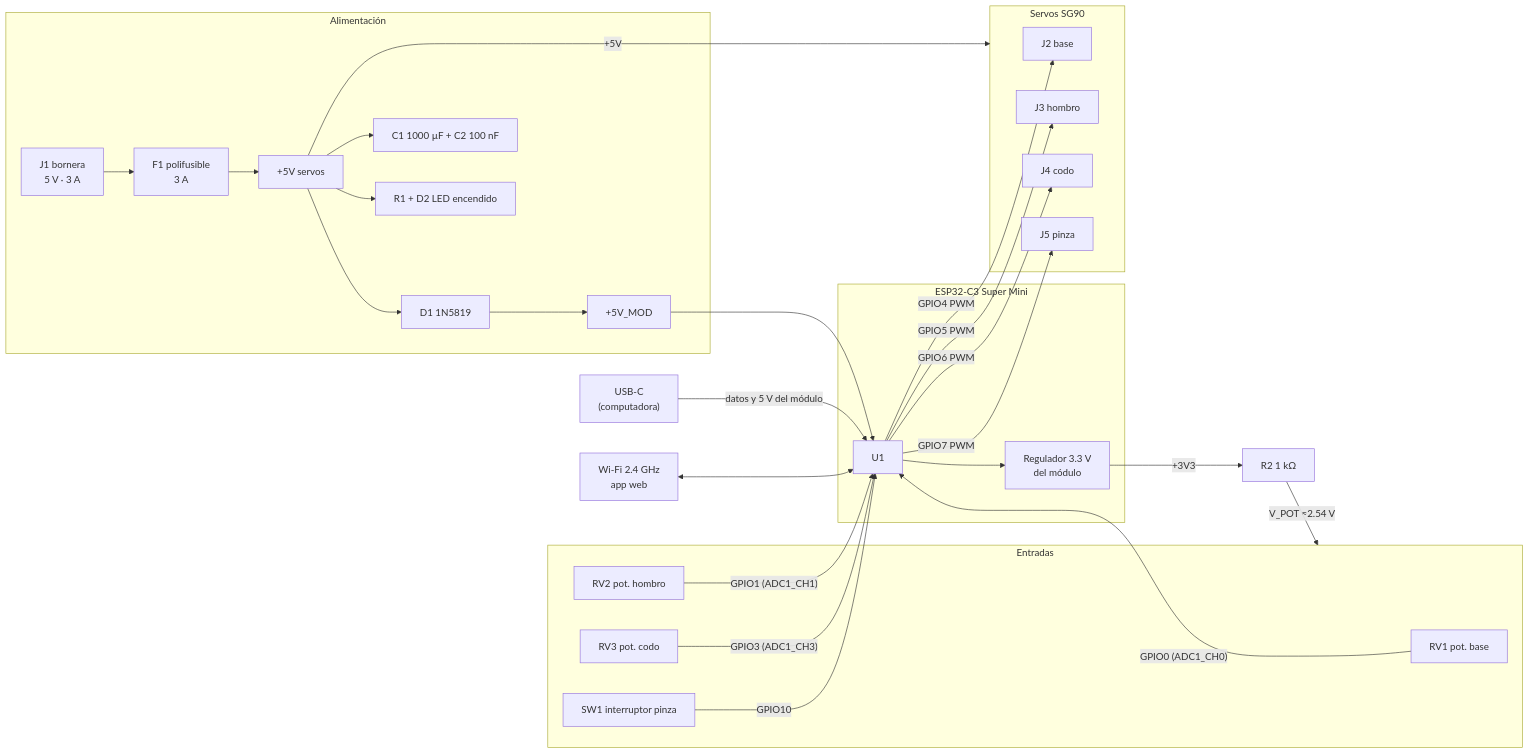
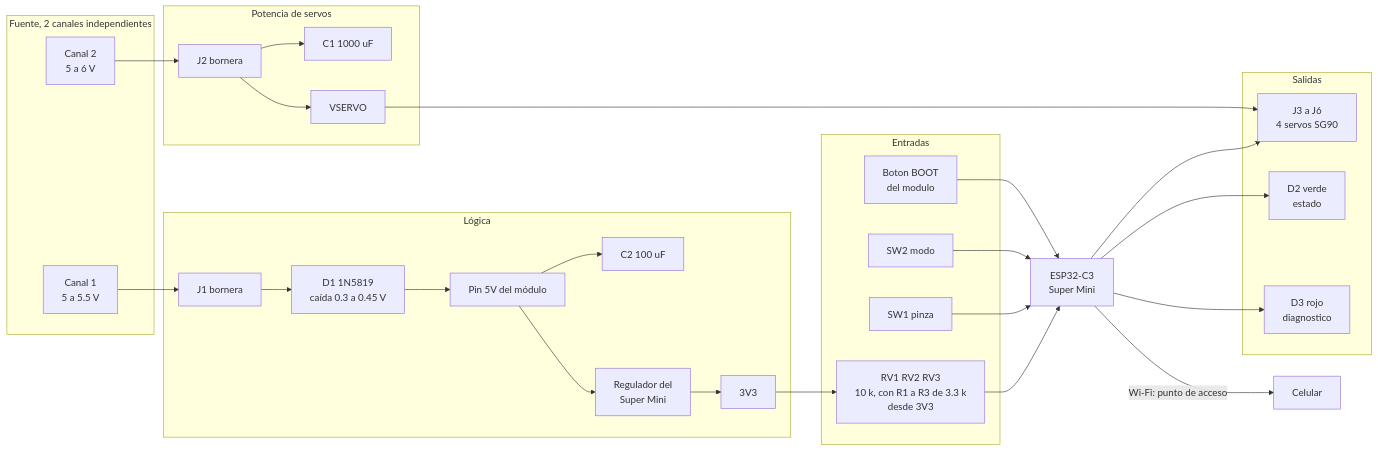
One commit to sebastiux/portafolio-just-the-docs changed the first of 3 diagrams in brazos/03-electronica-programacion.md. Above: the diagram before and after it, drawn with Mermaid. The commit also changed other lines of this file and 4 other files, not shown here.

````diff
--- a/brazos/03-electronica-programacion.md
+++ b/brazos/03-electronica-programacion.md
@@ -29,38 +35,46 @@
 ```mermaid
 flowchart LR
-  subgraph ALI["Alimentación"]
-    J1["J1 bornera<br/>5 V · 3 A"] --> F1["F1 polifusible<br/>3 A"]
-    F1 --> V5["+5V servos"]
-    V5 --> D1["D1 1N5819"]
-    D1 --> V5M["+5V_MOD"]
-    V5 --> C1["C1 1000 µF + C2 100 nF"]
-    V5 --> LED["R1 + D2 LED encendido"]
+  subgraph FUENTE["Fuente, 2 canales independientes"]
+    CH1["Canal 1<br/>5 a 5.5 V"]
+    CH2["Canal 2<br/>5 a 6 V"]
   end
-  subgraph MCU["ESP32-C3 Super Mini"]
-    U1["U1"]
-    REG["Regulador 3.3 V<br/>del módulo"]
+
+  subgraph LOG["Lógica"]
+    J1["J1 bornera"] --> D1["D1 1N5819<br/>caída 0.3 a 0.45 V"]
+    D1 --> P5V["Pin 5V del módulo"]
+    P5V --> C2["C2 100 uF"]
+    P5V --> REG["Regulador del<br/>Super Mini"]
+    REG --> V33["3V3"]
   end
+
+  subgraph POT["Potencia de servos"]
+    J2["J2 bornera"] --> C1["C1 1000 uF"]
+    J2 --> VS["VSERVO"]
+  end
+
   subgraph ENT["Entradas"]
-    RV1["RV1 pot. base"] -- "GPIO0 (ADC1_CH0)" --> U1
-    RV2["RV2 pot. hombro"] -- "GPIO1 (ADC1_CH1)" --> U1
-    RV3["RV3 pot. codo"] -- "GPIO3 (ADC1_CH3)" --> U1
-    SW1["SW1 interruptor pinza"] -- "GPIO10" --> U1
+    RV["RV1 RV2 RV3<br/>10 k, con R1 a R3 de 3.3 k<br/>desde 3V3"]
+    SW1["SW1 pinza"]
+    SW2["SW2 modo"]
+    BOOT["Boton BOOT<br/>del modulo"]
   end
-  subgraph SAL["Servos SG90"]
-    J2["J2 base"]
-    J3["J3 hombro"]
-    J4["J4 codo"]
-    J5["J5 pinza"]
+
+  subgraph SAL["Salidas"]
+    JS["J3 a J6<br/>4 servos SG90"]
+    D2["D2 verde<br/>estado"]
+    D3["D3 rojo<br/>diagnostico"]
   end
-  V5M --> U1
-  U1 --> REG
-  REG -- "+3V3" --> R2["R2 1 kΩ"]
-  R2 -- "V_POT ≈2.54 V" --> ENT
-  U1 -- "GPIO4 PWM" --> J2
-  U1 -- "GPIO5 PWM" --> J3
-  U1 -- "GPIO6 PWM" --> J4
-  U1 -- "GPIO7 PWM" --> J5
-  V5 -- "+5V" --> SAL
-  USB["USB-C<br/>(computadora)"] -- "datos y 5 V del módulo" --> U1
-  WIFI["Wi-Fi 2.4 GHz<br/>app web"] <--> U1
+
+  CH1 --> J1
+  CH2 --> J2
+  V33 --> RV
+  RV --> U1["ESP32-C3<br/>Super Mini"]
+  SW1 --> U1
+  SW2 --> U1
+  BOOT --> U1
+  U1 --> JS
+  U1 --> D2
+  U1 --> D3
+  VS --> JS
+  U1 -- "Wi-Fi: punto de acceso" --> CEL["Celular"]
 ```
````
